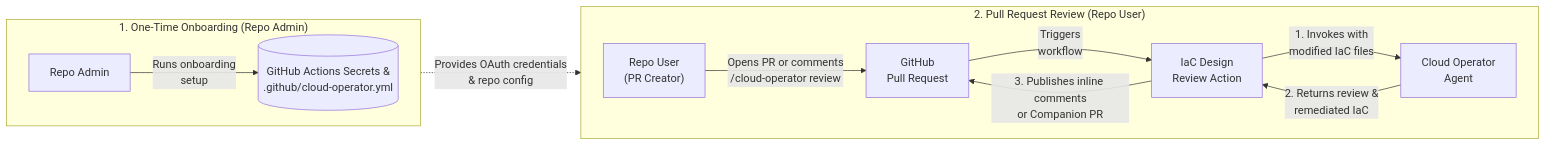
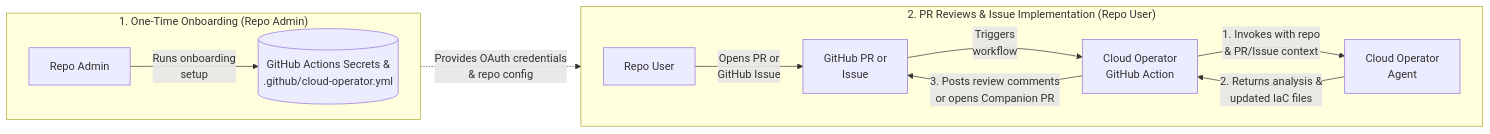
Before and after one commit to GoogleCloudPlatform/gemini-cloud-assist-mcp: the diagram in integrations/github/README.md, drawn with Mermaid. The commit also changed other lines of this file and 2 other files, not shown here.

````diff
--- a/integrations/github/README.md
+++ b/integrations/github/README.md
@@ -23,26 +23,26 @@
 ```mermaid
 %%{init: {
   'flowchart': {
     'nodeSpacing': 25, 
     'rankSpacing': 40, 
     'diagramPadding': 8,
     'curve': 'basis'
   }
 }}%%
 flowchart LR
     subgraph Setup["1. One-Time Onboarding (Repo Admin)"]
         direction LR
         Admin["Repo Admin"] -->|"Runs onboarding<br/>setup"| GHSecrets[("GitHub Actions Secrets &<br/>.github/cloud-operator.yml")]
     end
 
-    subgraph Runtime["2. Pull Request Review (Repo User)"]
+    subgraph Runtime["2. PR Reviews & Issue Implementation (Repo User)"]
         direction LR
-        User["Repo User<br/>(PR Creator)"] -->|"Opens PR or comments<br/>/cloud-operator review"| PR["GitHub<br/>Pull Request"]
-        PR -->|"Triggers<br/>workflow"| Action["IaC Design<br/>Review Action"]
-        Action -->|"1. Invokes with<br/>modified IaC files"| Operator["Cloud Operator<br/>Agent"]
-        Operator -->|"2. Returns review &<br/>remediated IaC"| Action
-        Action -->|"3. Publishes inline comments<br/>or Companion PR"| PR
+        User["Repo User"] -->|"Opens PR or<br/>GitHub Issue"| Event["GitHub PR or<br/>Issue"]
+        Event -->|"Triggers<br/>workflow"| Action["Cloud Operator<br/>GitHub Action"]
+        Action -->|"1. Invokes with repo<br/>& PR/Issue context"| Operator["Cloud Operator<br/>Agent"]
+        Operator -->|"2. Returns analysis &<br/>updated IaC files"| Action
+        Action -->|"3. Posts review comments<br/>or opens Companion PR"| Event
     end
 
     GHSecrets -.->|"Provides OAuth credentials<br/>& repo config"| Action
 ```
````
